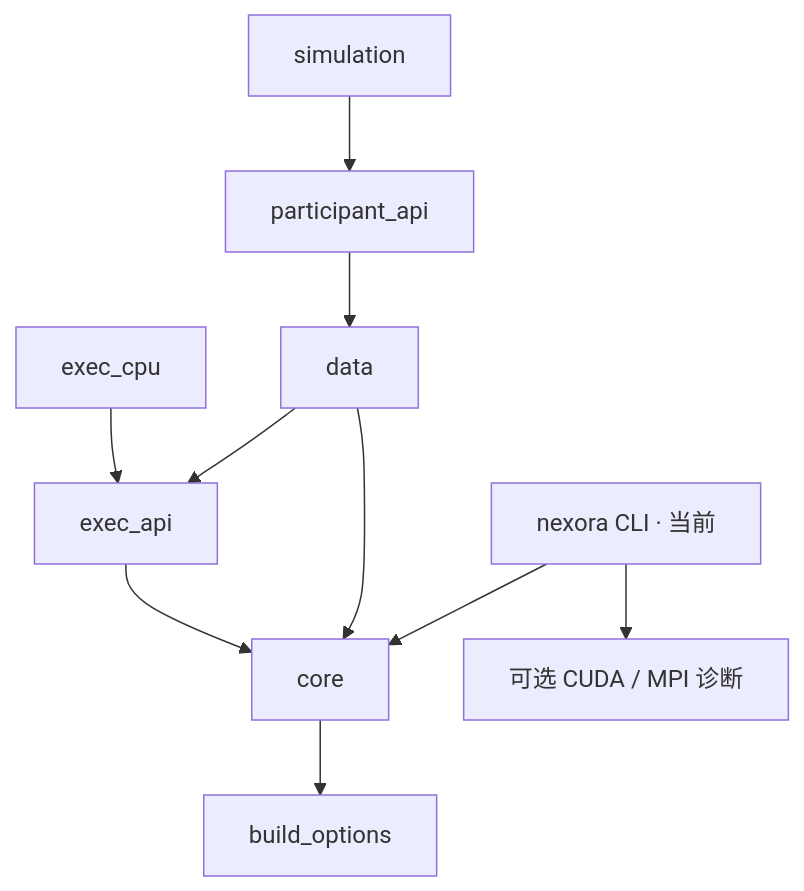
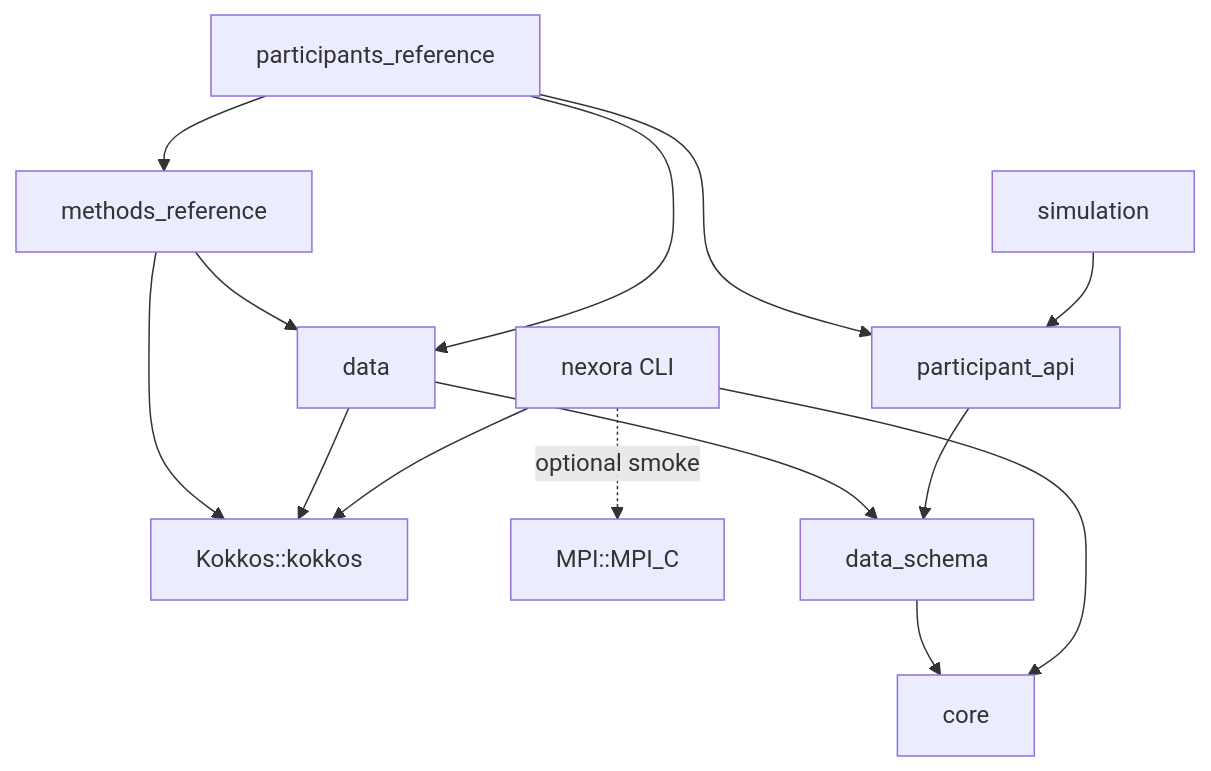
The first of 3 diagrams in docs/architecture/overview.md (joe-cheung-cae/nexora), drawn with Mermaid before and after one commit. The commit also changed other lines of this file and 17 other files, not shown here.

````diff
--- a/docs/architecture/overview.md
+++ b/docs/architecture/overview.md
@@ -35,12 +40,16 @@
 ```mermaid
 flowchart TD
-  CLI["nexora CLI · 当前"] --> C["core"]
-  CLI --> D["可选 CUDA / MPI 诊断"]
+  CLI["nexora CLI"] --> C["core"]
+  CLI --> K["Kokkos::kokkos"]
+  CLI -. optional smoke .-> MPI["MPI::MPI_C"]
   S["simulation"] --> P["participant_api"]
-  P --> F["data"]
-  F --> C
-  F --> E["exec_api"]
-  CPU["exec_cpu"] --> E
-  E --> C
-  C --> B["build_options"]
+  P --> DS["data_schema"]
+  DS --> C
+  F["data"] --> DS
+  F --> K
+  R["participants_reference"] --> P
+  R --> M["methods_reference"]
+  R --> F
+  M --> F
+  M --> K
 ```
````
